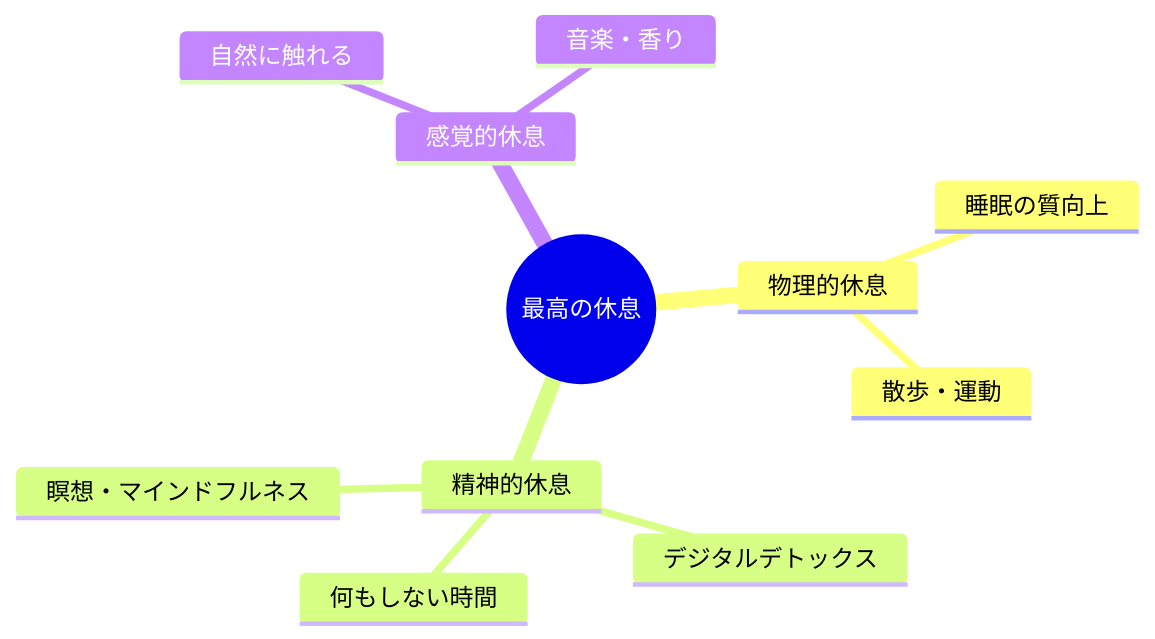
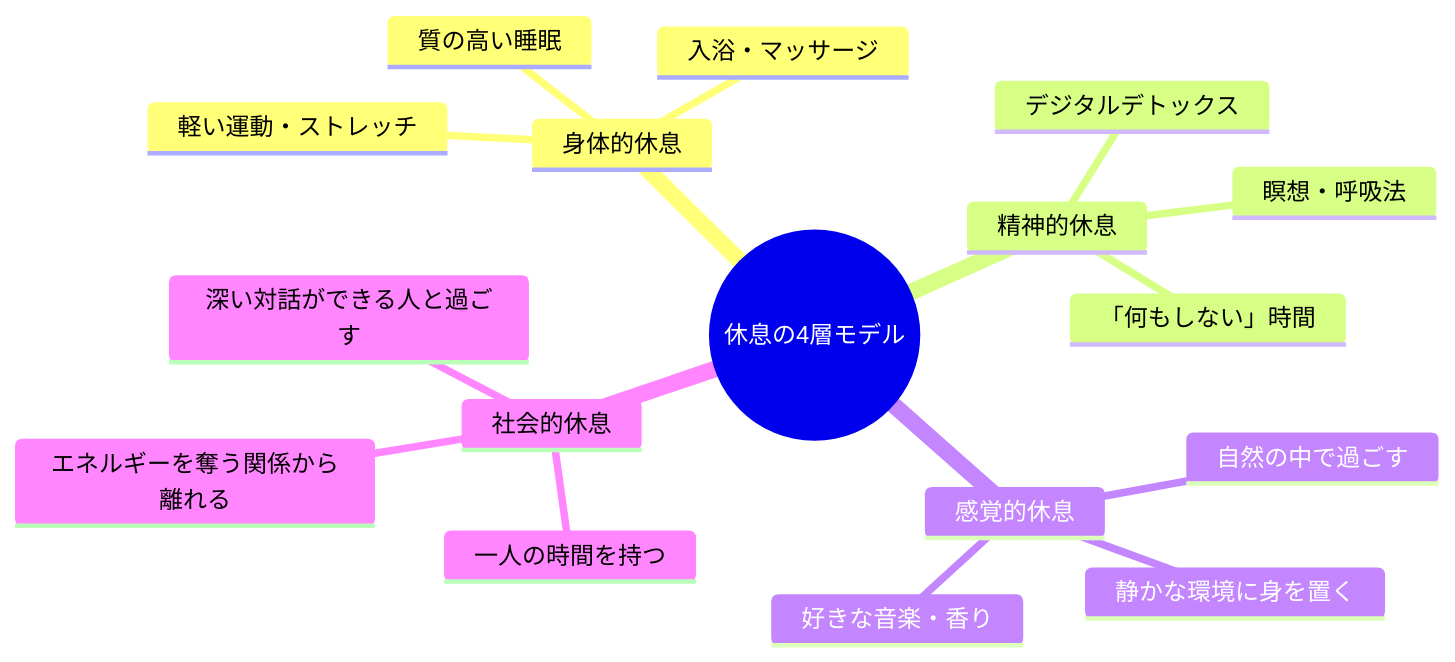
One commit to tndg16-bot/portfolio-site changed the second of 2 diagrams in content/blog/027-art-of-rest.md. Above: the diagram before and after it, drawn with Mermaid. The commit also changed other lines of this file and 46 other files, not shown here.

````diff
--- a/content/blog/027-art-of-rest.md
+++ b/content/blog/027-art-of-rest.md
@@ -73,14 +40,20 @@
 ```mermaid
 mindmap
-  root((最高の休息))
-    物理的休息
-      睡眠の質向上
-      散歩・運動
+  root((休息の4層モデル))
+    身体的休息
+      質の高い睡眠
+      軽い運動・ストレッチ
+      入浴・マッサージ
     精神的休息
       デジタルデトックス
-      何もしない時間
-      瞑想・マインドフルネス
+      瞑想・呼吸法
+      「何もしない」時間
     感覚的休息
-      自然に触れる
-      音楽・香り
+      自然の中で過ごす
+      静かな環境に身を置く
+      好きな音楽・香り
+    社会的休息
+      一人の時間を持つ
+      エネルギーを奪う関係から離れる
+      深い対話ができる人と過ごす
 ```
````
